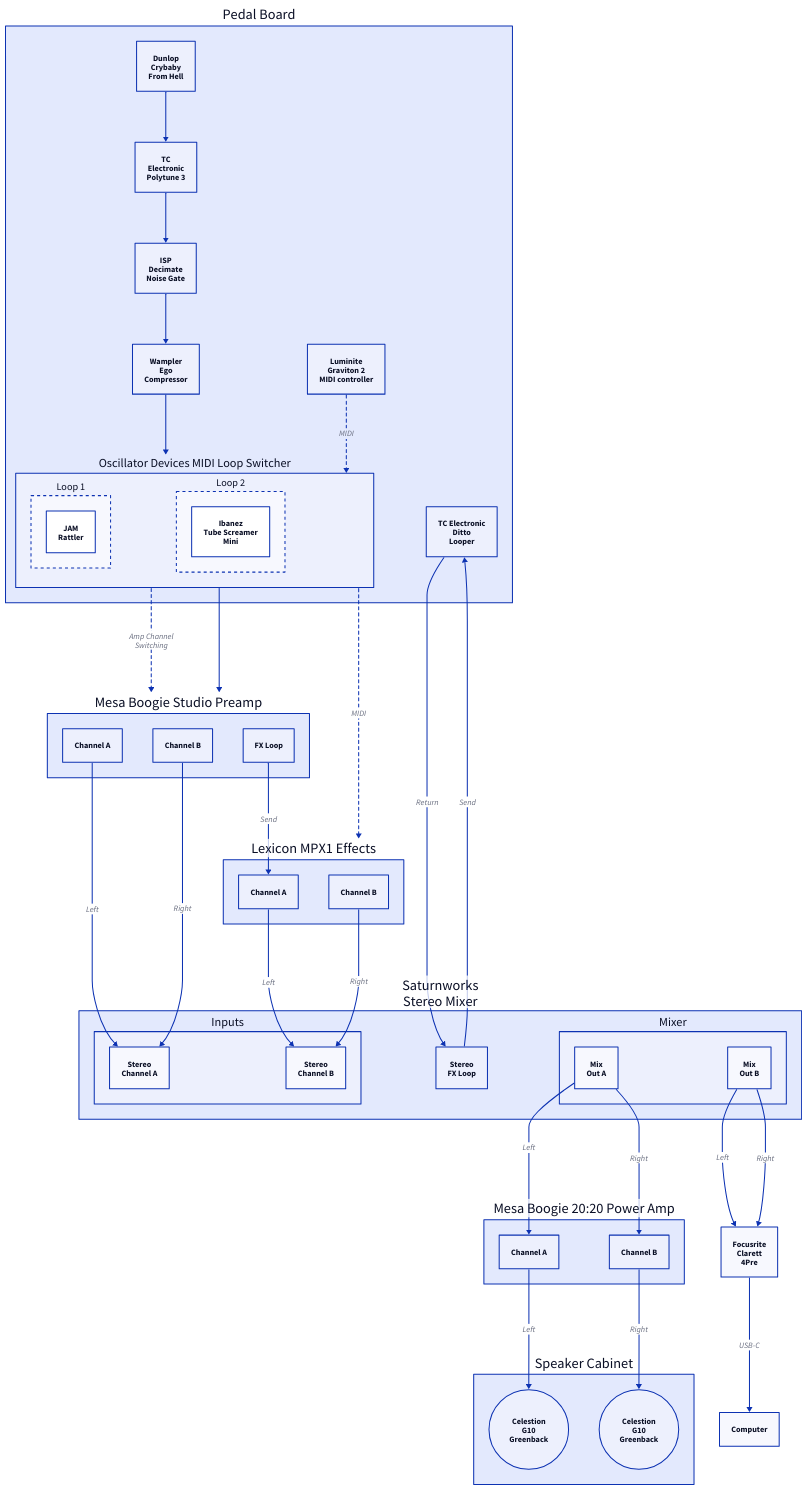
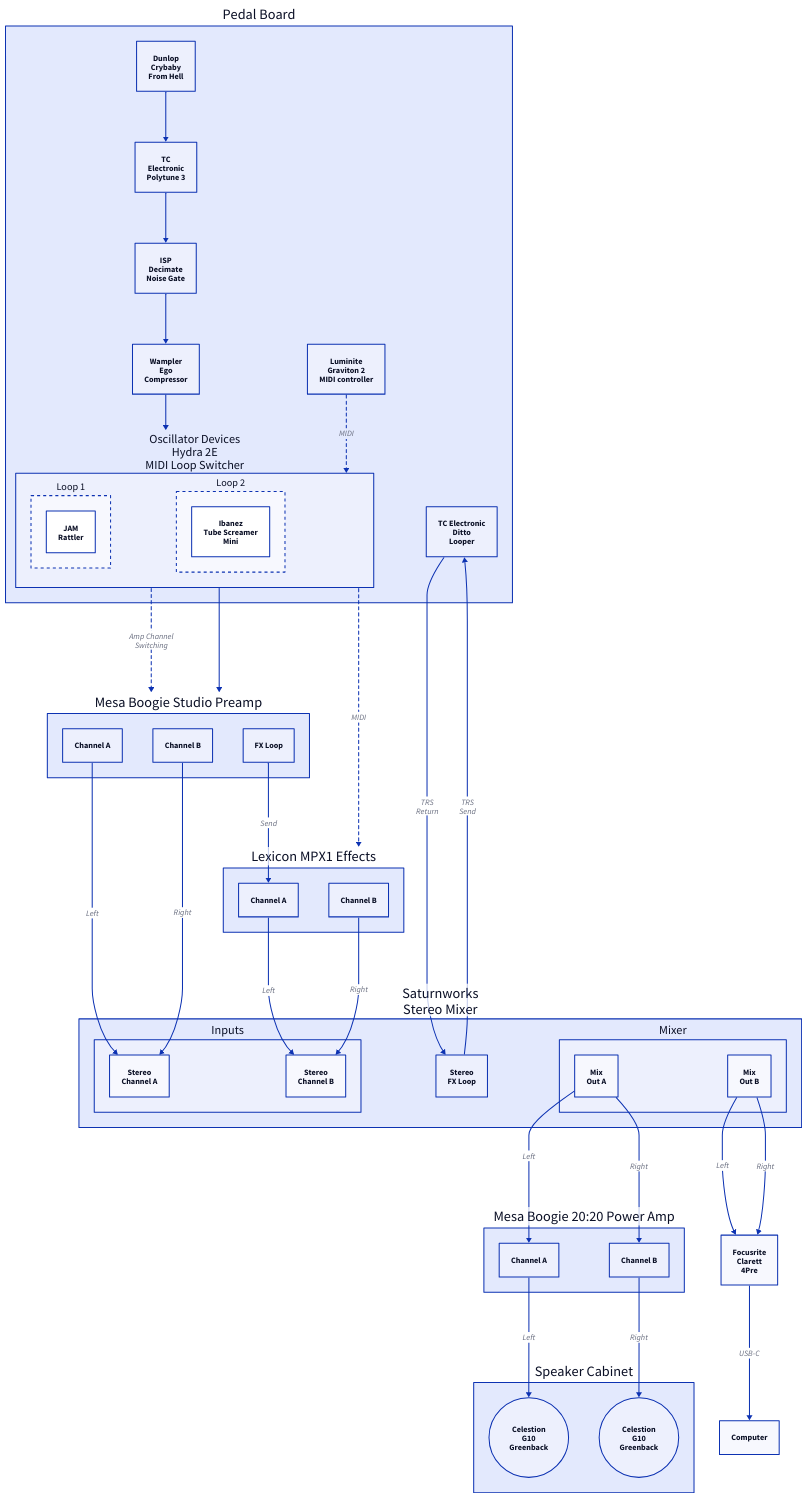
One commit to timvaillancourt/amp-diagrams changed the diagram in amprack.d2. Above: the diagram before and after it, drawn with D2. The commit also changed 2 other files, not shown here.

```diff
--- a/amprack.d2
+++ b/amprack.d2
@@ -1,94 +1,94 @@
 pb: "Pedal Board" {
   cbfh: "Dunlop\nCrybaby\nFrom Hell" {}
   polytune3: "TC\nElectronic\nPolytune 3" {}
   ispdm: "ISP\nDecimate\nNoise Gate" {}
   wec: "Wampler\nEgo\nCompressor" {}
   mc: "Luminite\nGraviton 2\nMIDI controller" {}
-  mls: "Oscillator Devices MIDI Loop Switcher" {
+  mls: "Oscillator Devices\nHydra 2E\nMIDI Loop Switcher" {
     1: "Loop 1" {
       style: {
         stroke-dash: 3
       }
       ts: "JAM\nRattler" {}
     }
     2: "Loop 2" {
       style: {
         stroke-dash: 3
       }
       ts: "Ibanez\nTube Screamer\nMini" {}
     }
   }
   cbfh -> polytune3 -> ispdm -> wec -> mls
   mc -> mls: "MIDI" {
     style: {
       stroke-dash: 3
     }
   }
   ditto: "TC Electronic\nDitto\nLooper" {}
 }
 
 msp: "Mesa Boogie Studio Preamp" {
   A: "Channel A" {}
   B: "Channel B" {}
   Loop: "FX Loop" {}
 }
 pb.mls -> msp: "Amp Channel\nSwitching" {
   style: {
     stroke-dash: 3
   }
 }
 pb.mls -> msp
 
 mixer: "Saturnworks\nStereo Mixer" {
   In: "Inputs" {
     A: "Stereo\nChannel A" {}
     B: "Stereo\nChannel B" {}
   }
   Loop: "Stereo\nFX Loop" {}
   Mix: "Mixer" {
     A: "Mix\nOut A" {}
     B: "Mix\nOut B" {}
   }
 }
 msp.A -> mixer.In.A: "Left"
 msp.B -> mixer.In.A: "Right"
 
 mpx1: "Lexicon MPX1 Effects" {
   A: "Channel A" {}
   B: "Channel B" {}
 }
 pb.mls -> mpx1: "MIDI" {
   style: {
     stroke-dash: 3
   }
 }
 msp.Loop -> mpx1.A: "Send" {}
 mpx1.A -> mixer.In.B: "Left"
 mpx1.B -> mixer.In.B: "Right"
 
 m2020: "Mesa Boogie 20:20 Power Amp" {
   A: "Channel A" {}
   B: "Channel B" {}
 }
 mixer.Mix.A -> m2020.A: "Left"
 mixer.Mix.A -> m2020.B: "Right"
-mixer.Loop -> pb.ditto: "Send"
-pb.ditto -> mixer.Loop: "Return"
+mixer.Loop -> pb.ditto: "TRS\nSend"
+pb.ditto -> mixer.Loop: "TRS\nReturn"
 
 cab: "Speaker Cabinet" {
   A: "Celestion\nG10\nGreenback" {
     shape: "circle"
   }
   B: "Celestion\nG10\nGreenback" {
     shape: "circle"
   }
 }
 m2020.A -> cab.A: "Left"
 m2020.B -> cab.B: "Right"
 
 clarett: "Focusrite\nClarett\n4Pre" {}
 mixer.Mix.B -> clarett: "Left"
 mixer.Mix.B -> clarett: "Right"
 
 computer: "Computer"
 clarett -> computer: "USB-C"
```
